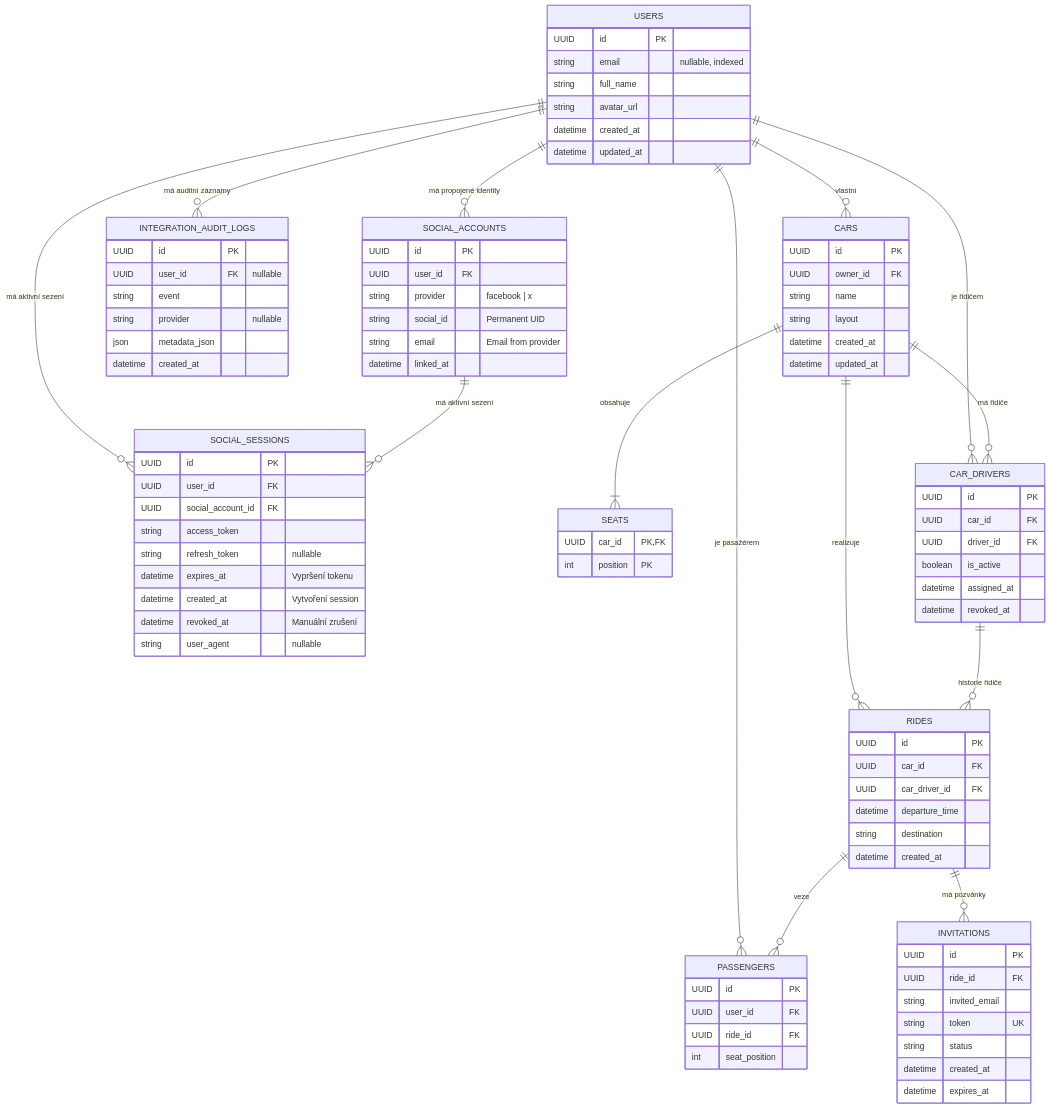
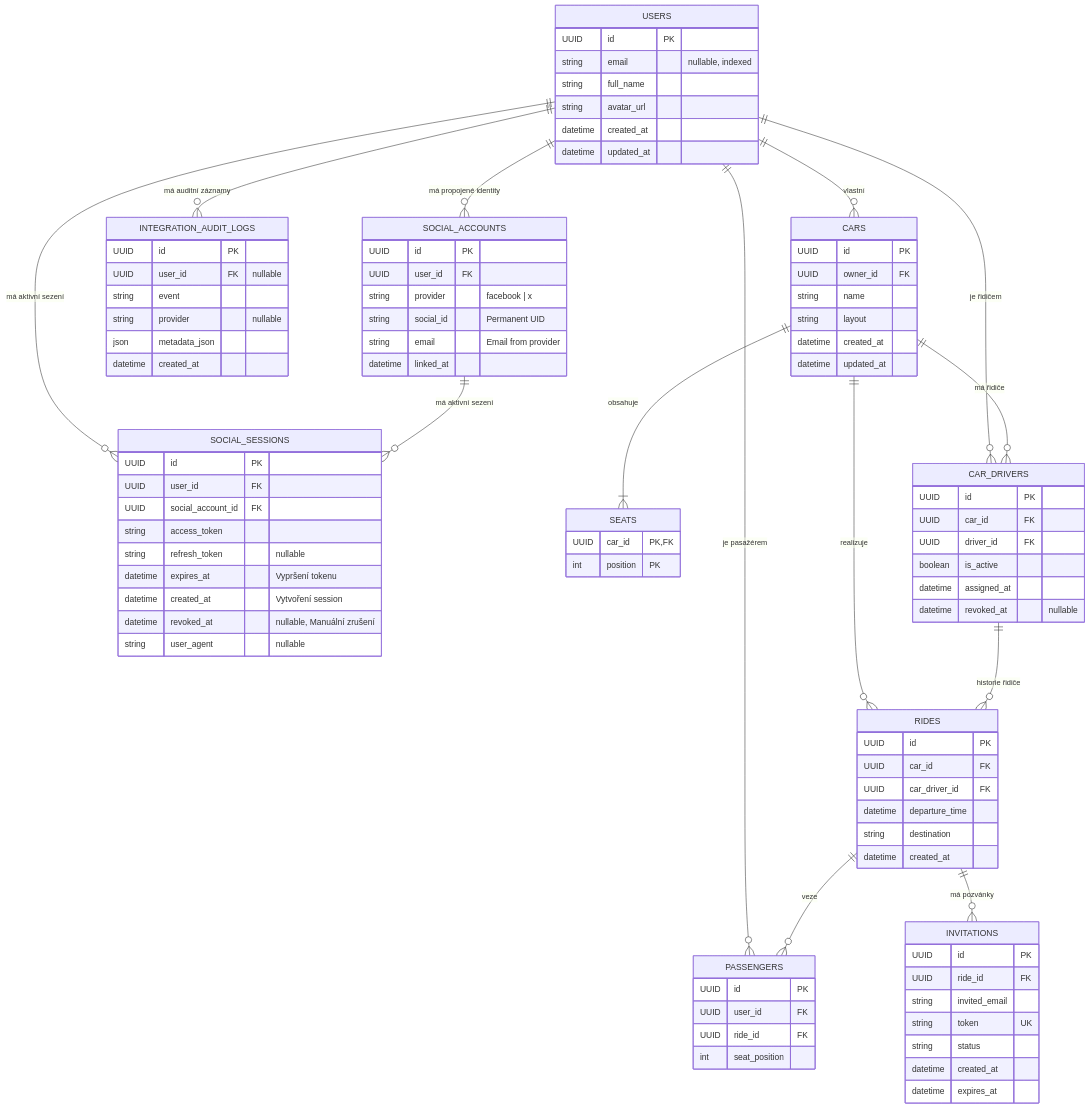
One commit to matthewjezek/Sitzy changed the diagram in diagrams/02_er.md. Above: the diagram before and after it, drawn with Mermaid. The commit also changed other lines of this file and 9 other files, not shown here.

```diff
--- a/diagrams/02_er.md
+++ b/diagrams/02_er.md
@@ -31,7 +31,7 @@
         string refresh_token "nullable"
         datetime expires_at "Vypršení tokenu"
         datetime created_at "Vytvoření session"
-        datetime revoked_at "Manuální zrušení"
+        datetime revoked_at "nullable, Manuální zrušení"
         string user_agent "nullable"
     }
 
@@ -66,7 +66,7 @@
         UUID driver_id FK
         boolean is_active
         datetime assigned_at
-        datetime revoked_at
+        datetime revoked_at "nullable"
     }
 
     RIDES {
```
